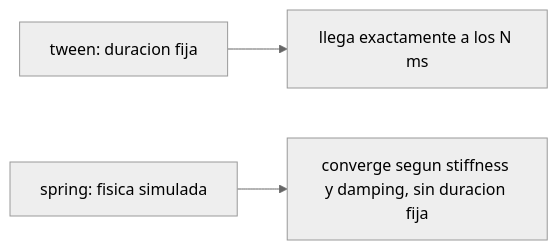
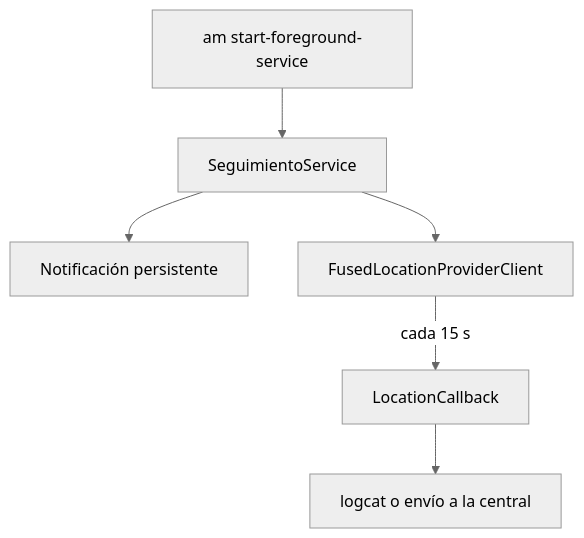
Before and after one commit to NICORUIZ93/The_Imperial_Book: the sixth of 22 diagrams in web/public/content/android/modulo-14.md, drawn with Mermaid (neutral theme). The commit also changed other lines of this file and 305 other files, not shown here.

````diff
--- a/web/public/content/android/modulo-14.md
+++ b/web/public/content/android/modulo-14.md
@@ -408,5 +270,8 @@
 ```mermaid
-flowchart LR
-  A[tween: duracion fija] --> B[llega exactamente a los N ms]
-  C[spring: fisica simulada] --> D[converge segun stiffness y damping, sin duracion fija]
+flowchart TD
+    A[am start-foreground-service] --> S[SeguimientoService]
+    S --> N[Notificación persistente]
+    S --> F[FusedLocationProviderClient]
+    F -- cada 15 s --> C[LocationCallback]
+    C --> L[logcat o envío a la central]
 ```
````
